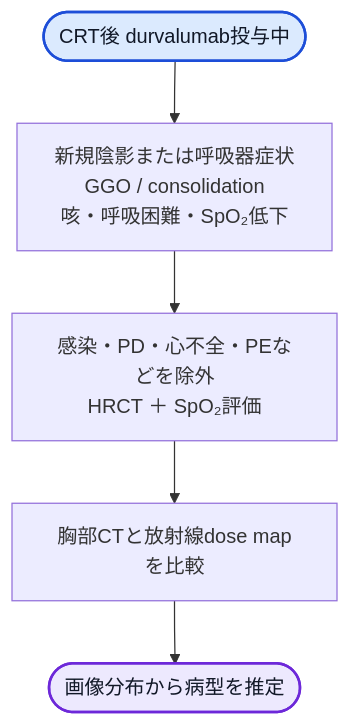
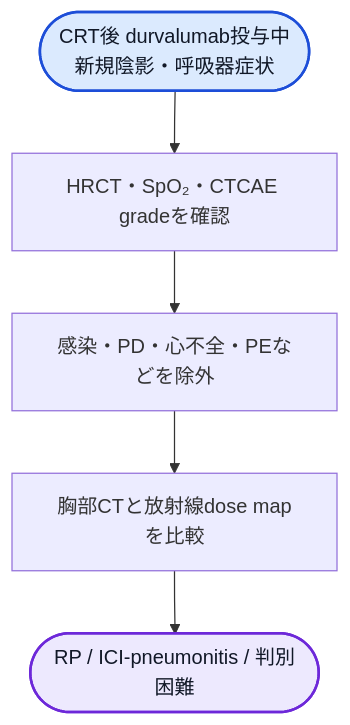
Before and after one commit to hsyn0917/clinical-tips: the diagram in docs/durvalumab-pneumonitis-crt.md, drawn with Mermaid. The commit also changed other lines of this file, not shown here.

Commit message:
Simplify durvalumab pneumonitis quick flow

````diff
--- a/docs/durvalumab-pneumonitis-crt.md
+++ b/docs/durvalumab-pneumonitis-crt.md
@@ -9,12 +5,12 @@
 ```mermaid
 flowchart TD
-    A(["CRT後 durvalumab投与中"]) --> B["新規陰影または呼吸器症状<br>GGO / consolidation<br>咳・呼吸困難・SpO₂低下"]
-    B --> C["感染・PD・心不全・PEなどを除外<br>HRCT ＋ SpO₂評価"]
+    A(["CRT後 durvalumab投与中<br>新規陰影・呼吸器症状"]) --> B["HRCT・SpO₂・CTCAE gradeを確認"]
+    B --> C["感染・PD・心不全・PEなどを除外"]
     C --> D["胸部CTと放射線dose mapを比較"]
-    D --> E(["画像分布から病型を推定"])
+    D --> E(["RP / ICI-pneumonitis / 判別困難"])
 
     classDef start fill:#dbeafe,stroke:#1d4ed8,color:#111827,stroke-width:2px
     classDef result fill:#ede9fe,stroke:#6d28d9,color:#111827,stroke-width:2px
     class A start
     class E result
 ```
````
